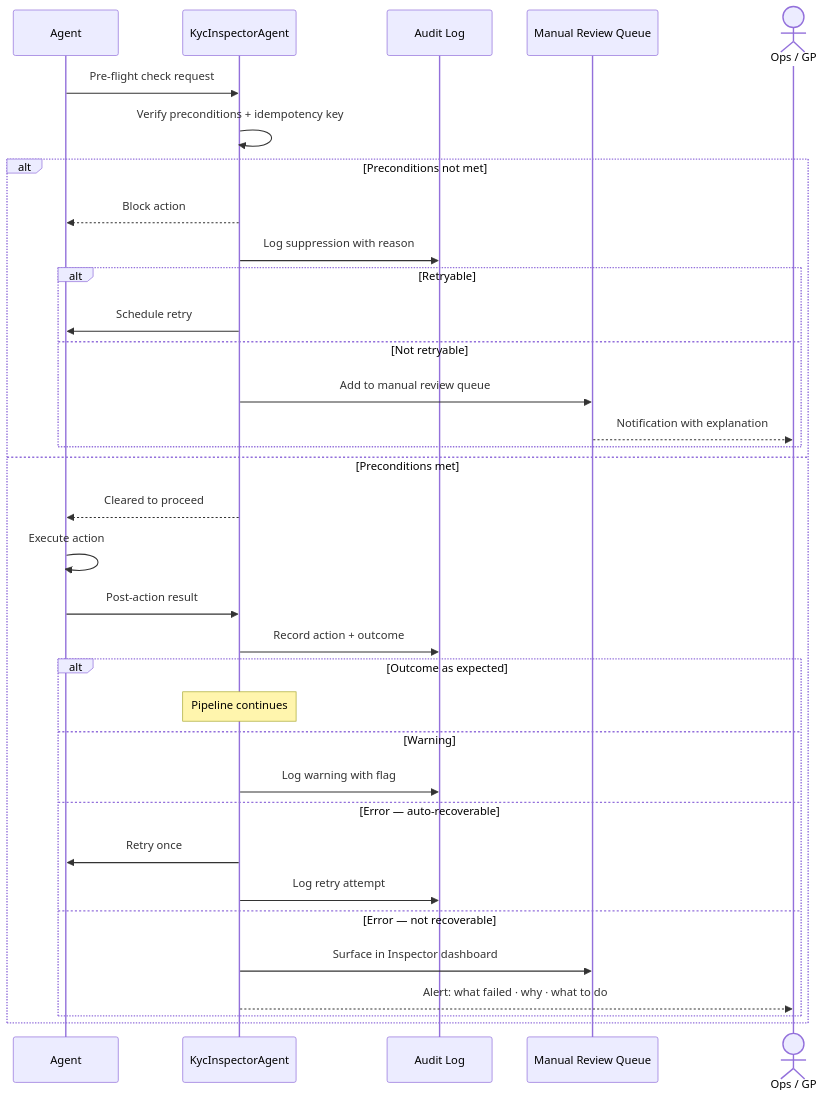
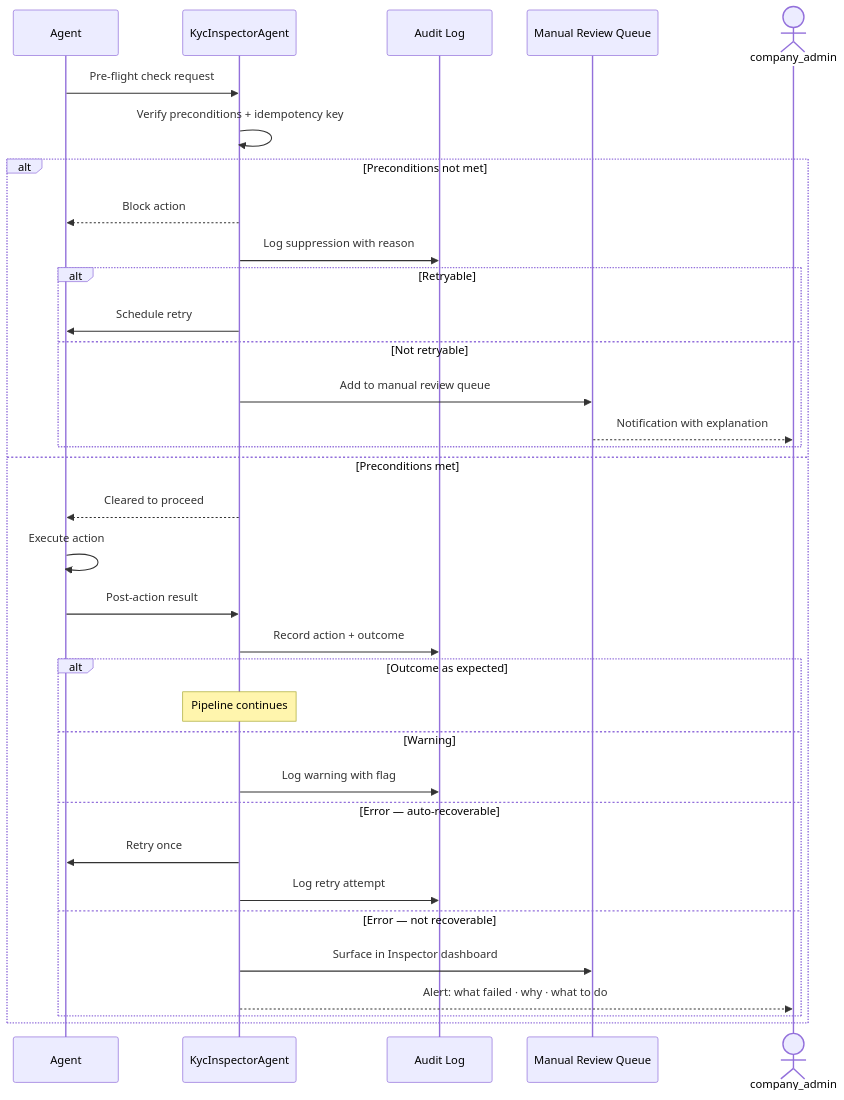
Before and after one commit to sampadadiwan/IRM_CompanyMain: the second of 5 diagrams in docs/features/autonomous_kyc_inspector_agent.md, drawn with Mermaid. The commit also changed other lines of this file and 3 other files, not shown here.

````diff
--- a/docs/features/autonomous_kyc_inspector_agent.md
+++ b/docs/features/autonomous_kyc_inspector_agent.md
@@ -51,38 +60,38 @@
 ```mermaid
 sequenceDiagram
     participant A as Agent
     participant INS as KycInspectorAgent
     participant LOG as Audit Log
     participant Q as Manual Review Queue
-    actor OPS as Ops / GP
+    actor OPS as company_admin
 
     A->>INS: Pre-flight check request
     INS->>INS: Verify preconditions + idempotency key
 
     alt Preconditions not met
         INS-->>A: Block action
         INS->>LOG: Log suppression with reason
         alt Retryable
             INS->>A: Schedule retry
         else Not retryable
             INS->>Q: Add to manual review queue
             Q-->>OPS: Notification with explanation
         end
     else Preconditions met
         INS-->>A: Cleared to proceed
         A->>A: Execute action
         A->>INS: Post-action result
         INS->>LOG: Record action + outcome
         alt Outcome as expected
             Note over INS: Pipeline continues
         else Warning
             INS->>LOG: Log warning with flag
         else Error — auto-recoverable
             INS->>A: Retry once
             INS->>LOG: Log retry attempt
         else Error — not recoverable
             INS->>Q: Surface in Inspector dashboard
             INS-->>OPS: Alert: what failed · why · what to do
         end
     end
 ```
````
